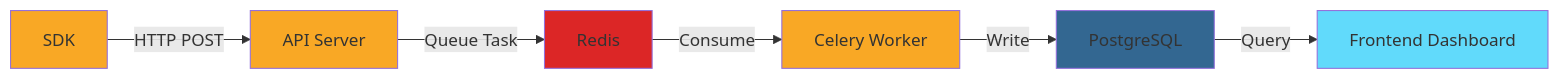
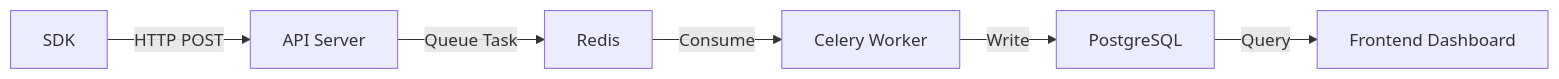
One commit to Agile-Flimflam/TelemetryTaco changed the diagram in README.md. Above: the diagram before and after it, drawn with Mermaid. The commit also changed other lines of this file and 1 other file, not shown here.

````diff
--- a/README.md
+++ b/README.md
@@ -34,15 +34,8 @@
 ```mermaid
 graph LR
-    A[SDK] -->|HTTP POST| B[API Server]
-    B -->|Queue Task| C[Redis]
-    C -->|Consume| D[Celery Worker]
-    D -->|Write| E[PostgreSQL]
-    E -->|Query| F[Frontend Dashboard]
-
-    style A fill:#f9a825
-    style B fill:#f9a825
-    style C fill:#dc2626
-    style D fill:#f9a825
-    style E fill:#336791
-    style F fill:#61dafb
+    SDK[SDK] -->|"HTTP POST"| APIServer["API Server"]
+    APIServer -->|"Queue Task"| Redis[Redis]
+    Redis -->|Consume| CeleryWorker["Celery Worker"]
+    CeleryWorker -->|Write| PostgreSQL[PostgreSQL]
+    PostgreSQL -->|Query| FrontendDashboard["Frontend Dashboard"]
 ```
````
